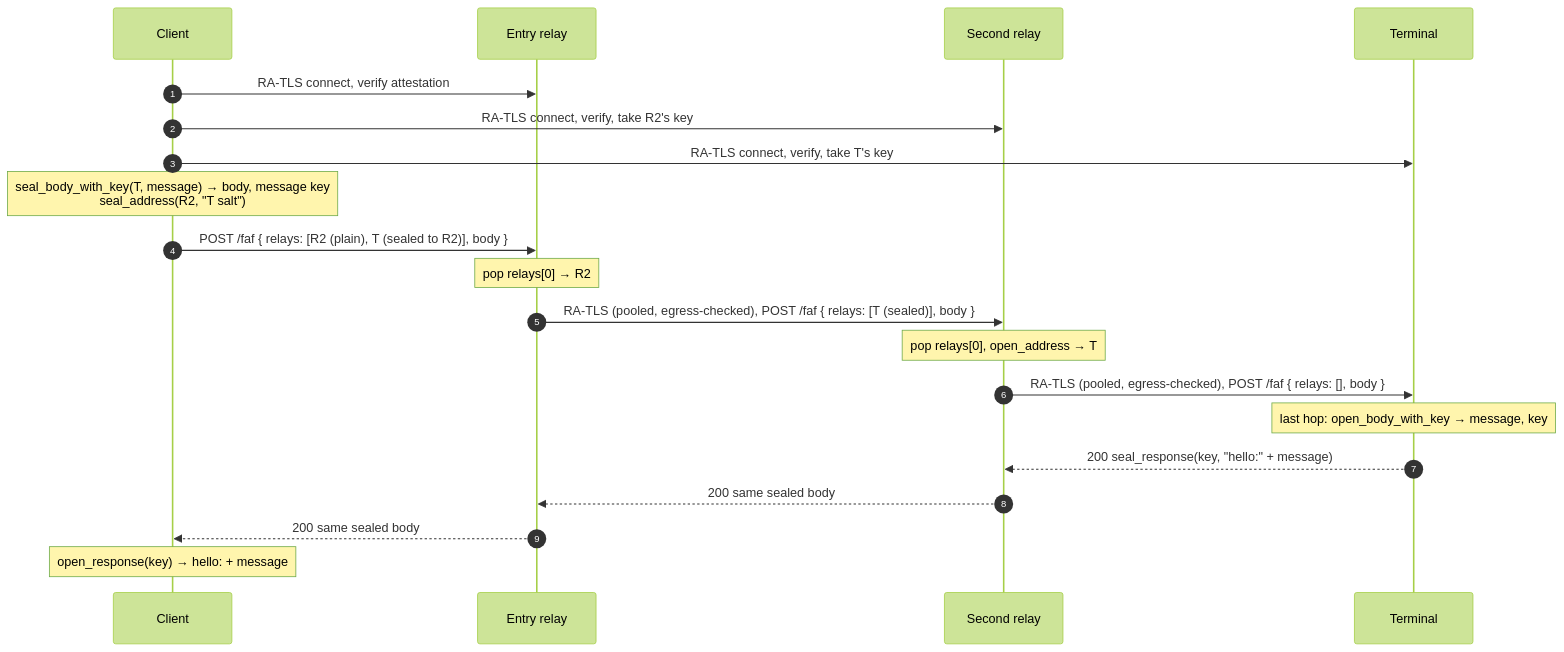
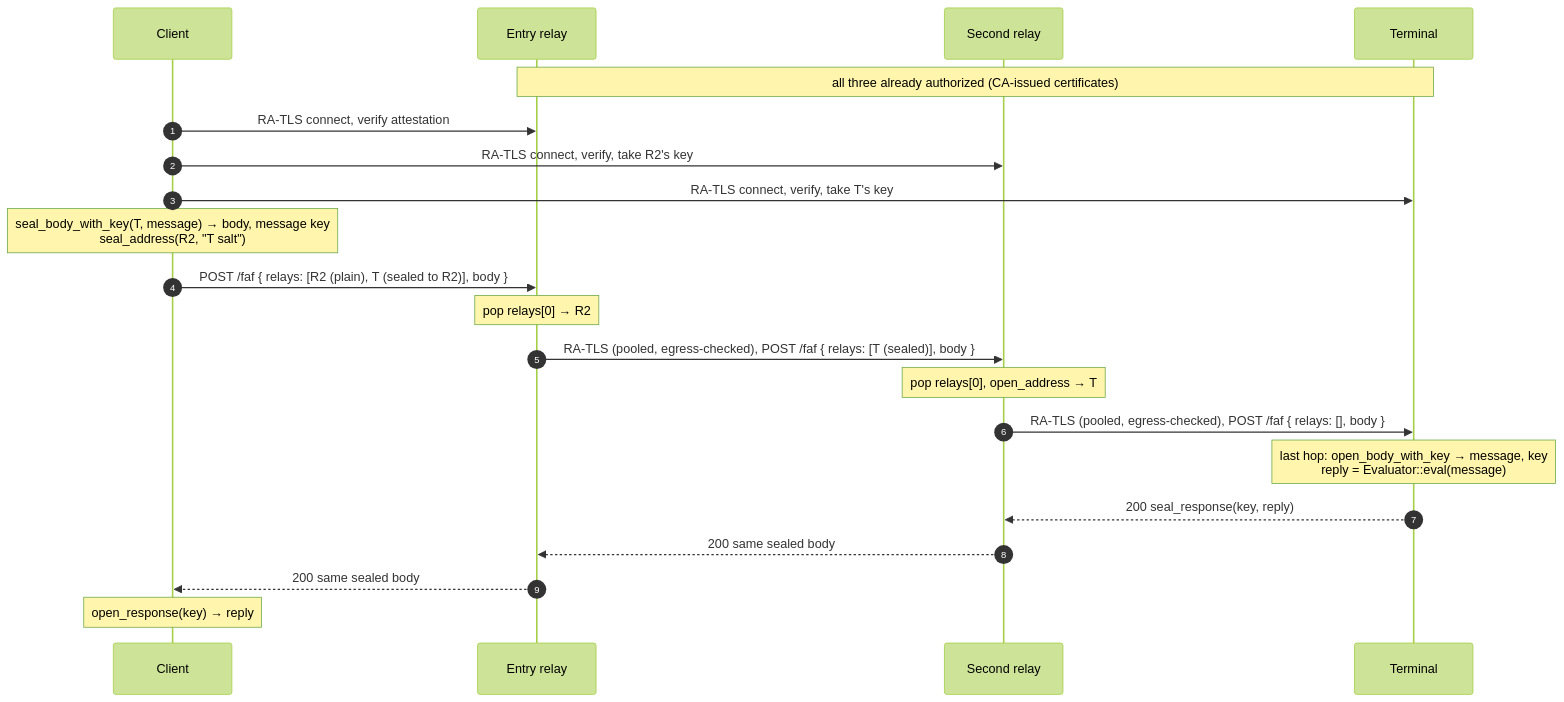
One commit to Lanetus/TTKServer changed the eighth of 11 diagrams in docs/src/ARCHITECTURE.md. Above: the diagram before and after it, drawn with Mermaid (forest theme). The commit also changed other lines of this file and 14 other files, not shown here.

First line of the commit message:
feat: update the mdBook architecture docs to the current workspace (#94)

````diff
--- a/docs/src/ARCHITECTURE.md
+++ b/docs/src/ARCHITECTURE.md
@@ -345,23 +410,24 @@
 ```mermaid
 sequenceDiagram
     autonumber
     participant C as Client
     participant R1 as Entry relay
     participant R2 as Second relay
     participant T as Terminal
 
+    Note over R1,T: all three already authorized (CA-issued certificates)
     C->>R1: RA-TLS connect, verify attestation
     C->>R2: RA-TLS connect, verify, take R2's key
     C->>T: RA-TLS connect, verify, take T's key
     Note over C: seal_body_with_key(T, message) → body, message key<br/>seal_address(R2, "T salt")
     C->>R1: POST /faf { relays: [R2 (plain), T (sealed to R2)], body }
     Note over R1: pop relays[0] → R2
     R1->>R2: RA-TLS (pooled, egress-checked), POST /faf { relays: [T (sealed)], body }
     Note over R2: pop relays[0], open_address → T
     R2->>T: RA-TLS (pooled, egress-checked), POST /faf { relays: [], body }
-    Note over T: last hop: open_body_with_key → message, key
-    T-->>R2: 200 seal_response(key, "hello:" + message)
+    Note over T: last hop: open_body_with_key → message, key<br/>reply = Evaluator::eval(message)
+    T-->>R2: 200 seal_response(key, reply)
     R2-->>R1: 200 same sealed body
     R1-->>C: 200 same sealed body
-    Note over C: open_response(key) → hello: + message
+    Note over C: open_response(key) → reply
 ```
````
